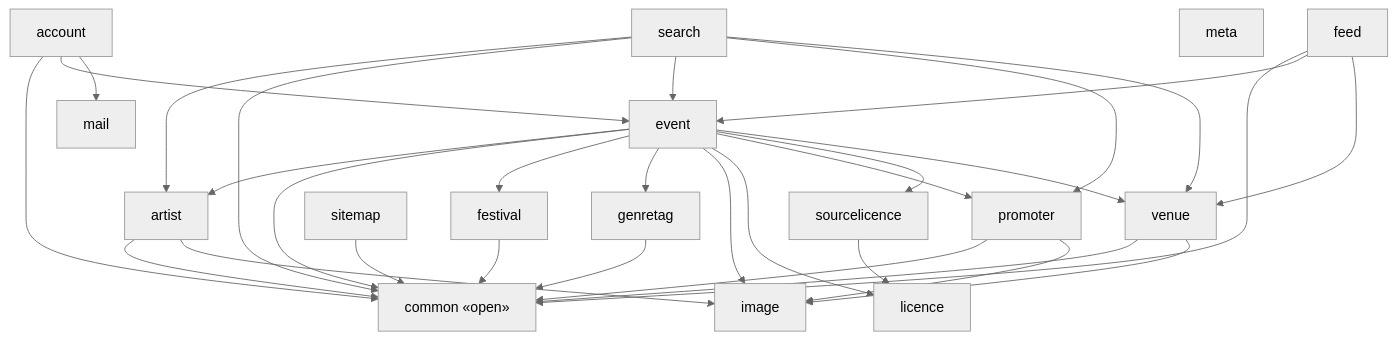
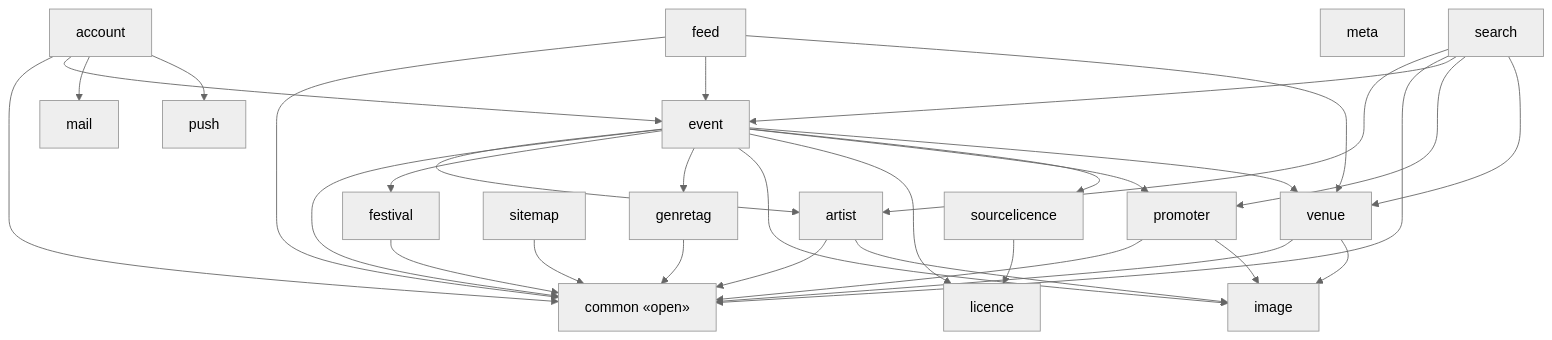
The diagram in docs/architecture/modules-events-bff.md (enorm-labs/event-junkie), drawn with Mermaid (neutral theme) before and after one commit. The commit also changed 57 other files, not shown here.

````diff
--- a/docs/architecture/modules-events-bff.md
+++ b/docs/architecture/modules-events-bff.md
@@ -9,50 +9,52 @@
 ```mermaid
 flowchart TD
     account["account"]
     artist["artist"]
     common["common «open»"]
     event["event"]
     feed["feed"]
     festival["festival"]
     genretag["genretag"]
     image["image"]
     licence["licence"]
     mail["mail"]
     meta["meta"]
     promoter["promoter"]
+    push["push"]
     search["search"]
     sitemap["sitemap"]
     sourcelicence["sourcelicence"]
     venue["venue"]
 
     account --> common
     account --> event
     account --> mail
+    account --> push
     artist --> common
     artist --> image
     event --> artist
     event --> common
     event --> festival
     event --> genretag
     event --> image
     event --> licence
     event --> promoter
     event --> sourcelicence
     event --> venue
     feed --> common
     feed --> event
     feed --> venue
     festival --> common
     genretag --> common
     promoter --> common
     promoter --> image
     search --> artist
     search --> common
     search --> event
     search --> promoter
     search --> venue
     sitemap --> common
     sourcelicence --> licence
     venue --> common
     venue --> image
 ```
````
